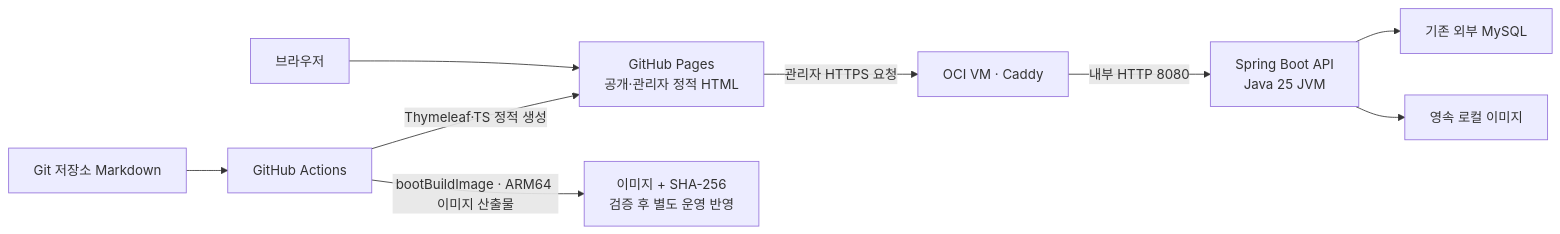
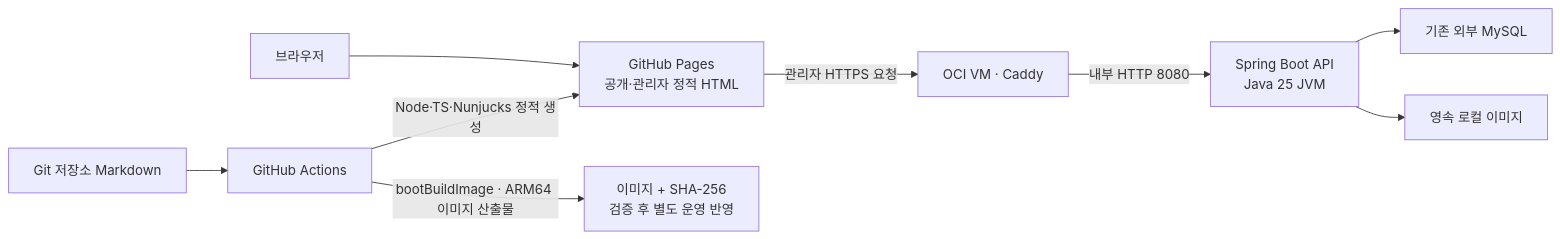
One commit to gjaku1031/ken-blog changed the diagram in docs/ADR/ADR_infra.md. Above: the diagram before and after it, drawn with Mermaid. The commit also changed other lines of this file and 31 other files, not shown here.

Commit message:
refactor: generate Pages with Node and separate site builds

````diff
--- a/docs/ADR/ADR_infra.md
+++ b/docs/ADR/ADR_infra.md
@@ -9,11 +9,11 @@
 ```mermaid
 flowchart LR
     browser["브라우저"] --> pages["GitHub Pages<br/>공개·관리자 정적 HTML"]
     pages -->|"관리자 HTTPS 요청"| caddy["OCI VM · Caddy"]
     caddy -->|"내부 HTTP 8080"| api["Spring Boot API<br/>Java 25 JVM"]
     api --> db["기존 외부 MySQL"]
     api --> disk["영속 로컬 이미지"]
     source["Git 저장소 Markdown"] --> actions["GitHub Actions"]
-    actions -->|"Thymeleaf·TS 정적 생성"| pages
+    actions -->|"Node·TS·Nunjucks 정적 생성"| pages
     actions -->|"bootBuildImage · ARM64 이미지 산출물"| image["이미지 + SHA-256<br/>검증 후 별도 운영 반영"]
 ```
````
